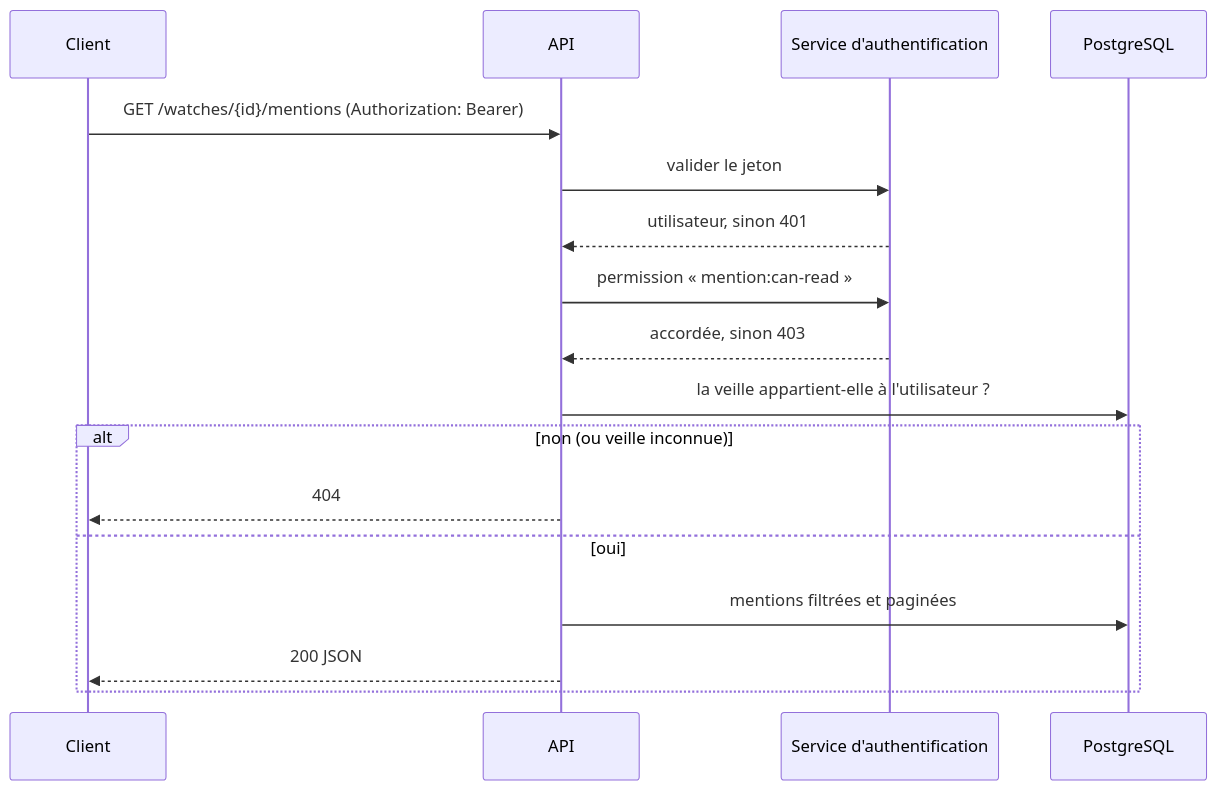
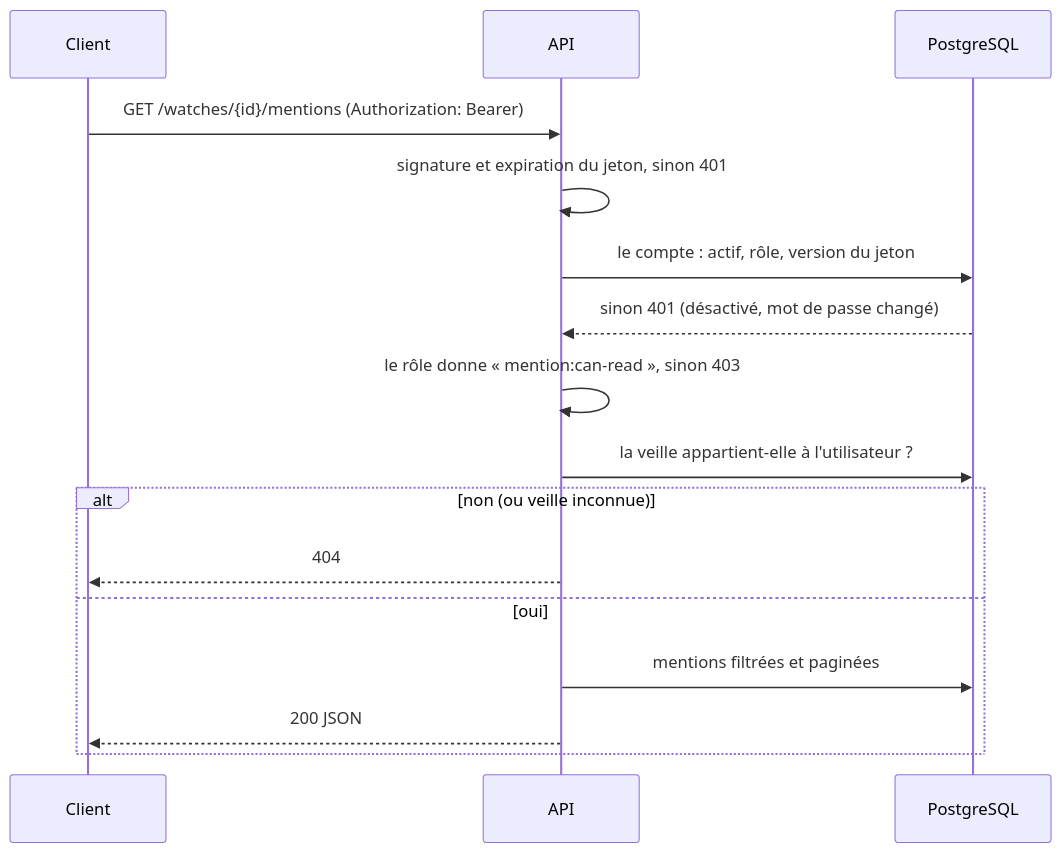
One commit to flavien-hugs/yimba changed the fourth of 5 diagrams in backend/README.md. Above: the diagram before and after it, drawn with Mermaid. The commit also changed other lines of this file and 38 other files, not shown here.

````diff
--- a/backend/README.md
+++ b/backend/README.md
@@ -91,20 +91,19 @@
 ```mermaid
 sequenceDiagram
     participant C as Client
     participant A as API
-    participant Auth as Service d'authentification
     participant DB as PostgreSQL
 
     C->>A: GET /watches/{id}/mentions (Authorization: Bearer)
-    A->>Auth: valider le jeton
-    Auth-->>A: utilisateur, sinon 401
-    A->>Auth: permission « mention:can-read »
-    Auth-->>A: accordée, sinon 403
+    A->>A: signature et expiration du jeton, sinon 401
+    A->>DB: le compte : actif, rôle, version du jeton
+    DB-->>A: sinon 401 (désactivé, mot de passe changé)
+    A->>A: le rôle donne « mention:can-read », sinon 403
     A->>DB: la veille appartient-elle à l'utilisateur ?
     alt non (ou veille inconnue)
         A-->>C: 404
     else oui
         A->>DB: mentions filtrées et paginées
         A-->>C: 200 JSON
     end
 ```
````
